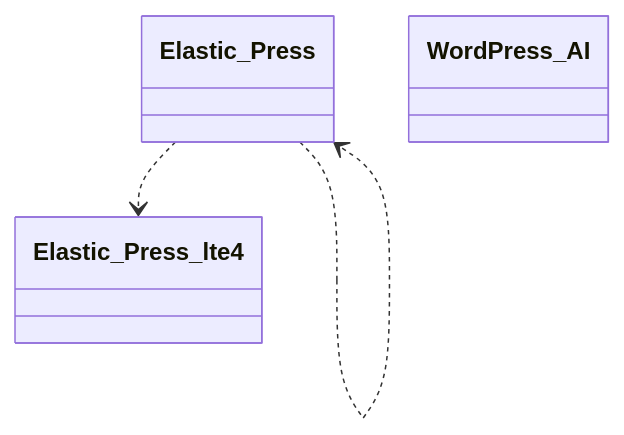
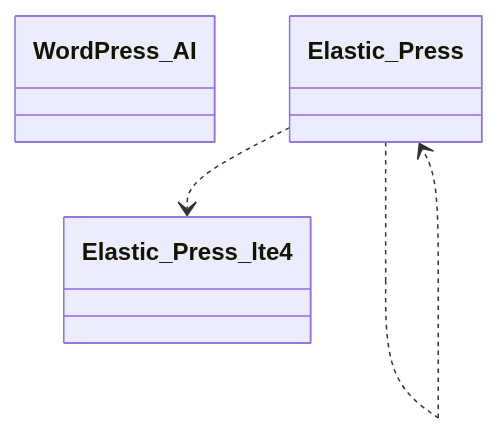
One commit to tainacan/tainacan changed the ninth of 13 diagrams in docs/phpdoc/Home.md. Above: the diagram before and after it, drawn with Mermaid. The commit also changed other lines of this file and 98 other files, not shown here.

````diff
--- a/docs/phpdoc/Home.md
+++ b/docs/phpdoc/Home.md
@@ -597,9 +591,9 @@
 ```mermaid
 classDiagram
     direction TB
+    class Elastic_Press_lte4 { }
+    class WordPress_AI { }
     class Elastic_Press { }
-    class WordPress_AI { }
-    class Elastic_Press_lte4 { }
     Elastic_Press ..> Elastic_Press
     Elastic_Press ..> Elastic_Press_lte4
 ```
````
